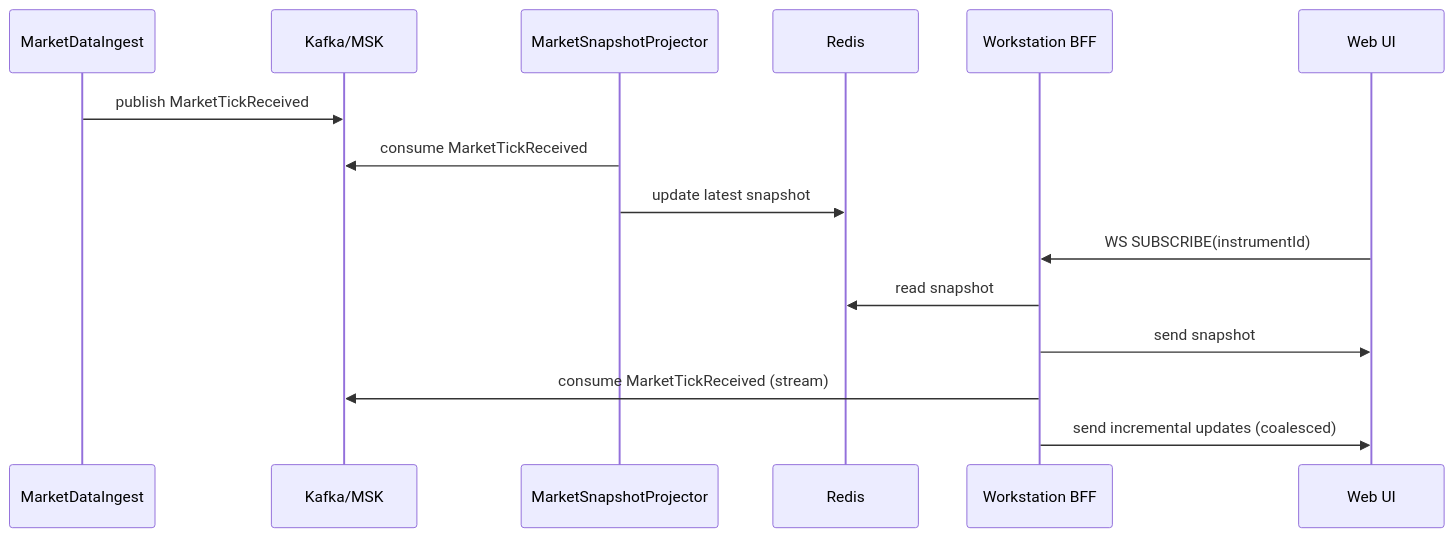
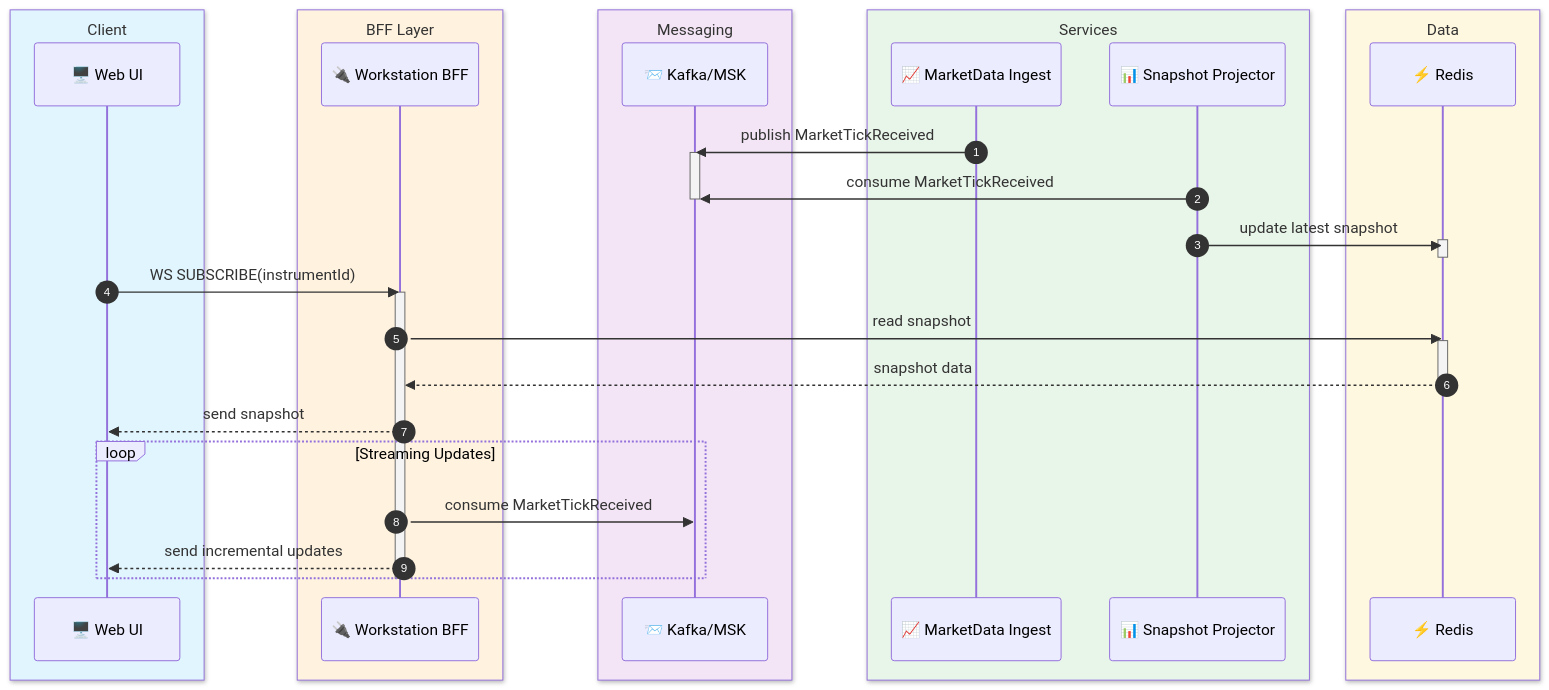
Before and after one commit to oladejiayo/Orion: the third of 4 diagrams in PRD.md, drawn with Mermaid. The commit also changed other lines of this file and 1 other file, not shown here.

Commit message:
style: enhance Mermaid diagrams with colors, subgraphs, emojis, and better organization

````diff
--- a/PRD.md
+++ b/PRD.md
@@ -950,18 +1012,42 @@
 ```mermaid
 sequenceDiagram
-  participant ING as MarketDataIngest
-  participant K as Kafka/MSK
-  participant PROJ as MarketSnapshotProjector
-  participant R as Redis
-  participant BFF as Workstation BFF
-  participant UI as Web UI
+  autonumber
+  box rgb(225, 245, 254) Client
+    participant UI as 🖥️ Web UI
+  end
+  box rgb(255, 243, 224) BFF Layer
+    participant BFF as 🔌 Workstation BFF
+  end
+  box rgb(243, 229, 245) Messaging
+    participant K as 📨 Kafka/MSK
+  end
+  box rgb(232, 245, 233) Services
+    participant ING as 📈 MarketData Ingest
+    participant PROJ as 📊 Snapshot Projector
+  end
+  box rgb(255, 248, 225) Data
+    participant R as ⚡ Redis
+  end
 
   ING->>K: publish MarketTickReceived
+  activate K
   PROJ->>K: consume MarketTickReceived
+  deactivate K
   PROJ->>R: update latest snapshot
+  activate R
+  deactivate R
+
   UI->>BFF: WS SUBSCRIBE(instrumentId)
+  activate BFF
   BFF->>R: read snapshot
-  BFF->>UI: send snapshot
-  BFF->>K: consume MarketTickReceived (stream)
-  BFF->>UI: send incremental updates (coalesced)
+  activate R
+  R-->>BFF: snapshot data
+  deactivate R
+  BFF-->>UI: send snapshot
+
+  loop Streaming Updates
+    BFF->>K: consume MarketTickReceived
+    BFF-->>UI: send incremental updates
+  end
+  deactivate BFF
 ```
````
